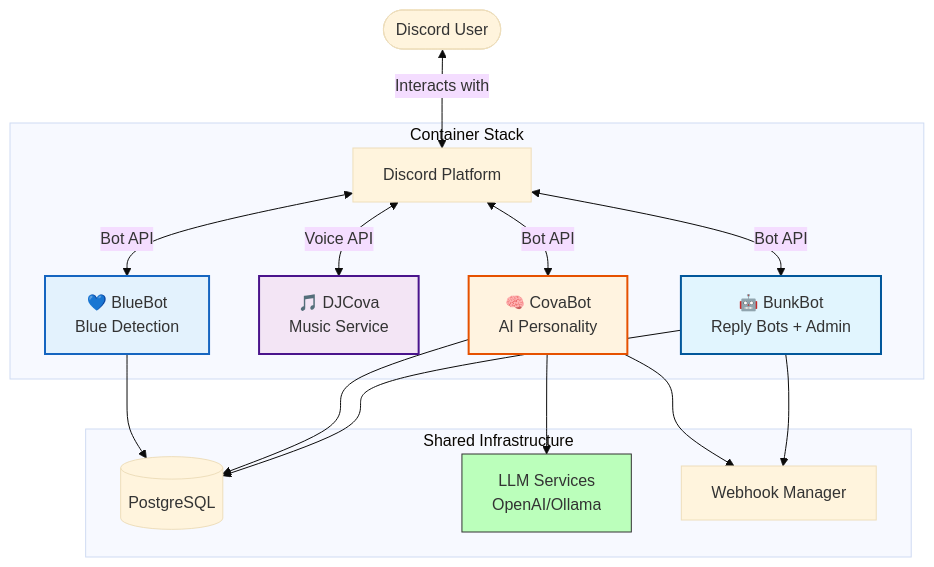
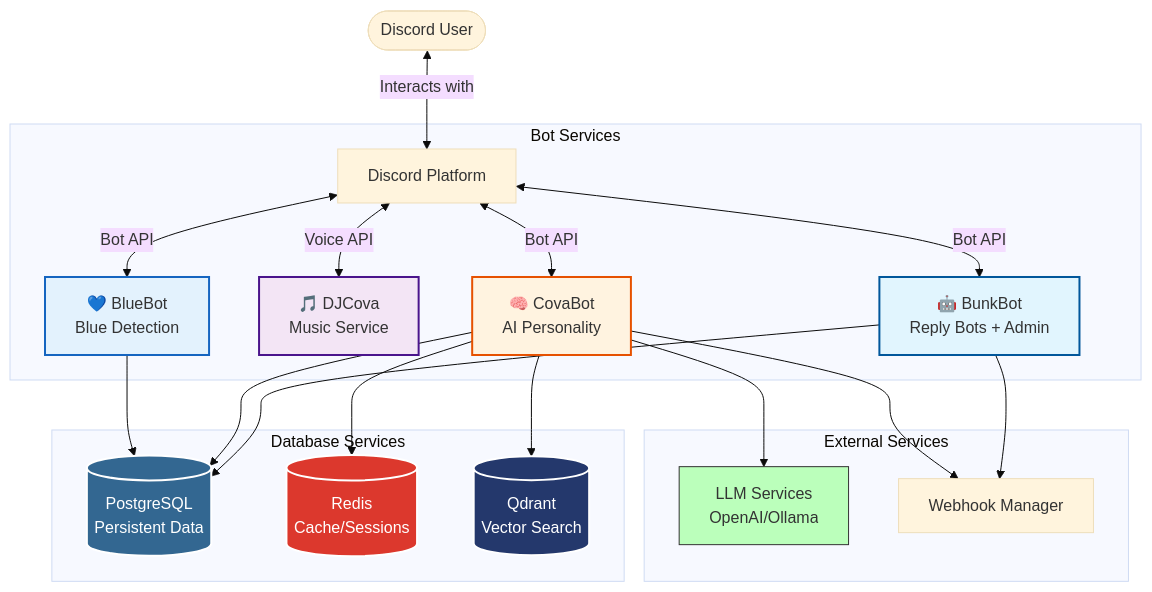
The first of 2 diagrams in README.md (andrewgari/starbunk-js), drawn with Mermaid (base theme) before and after one commit. The commit also changed other lines of this file and 2 other files, not shown here.

Commit message:
Fix Redis hostname inconsistency and document database architecture

````diff
--- a/README.md
+++ b/README.md
@@ -178,28 +224,41 @@
 ```mermaid
 graph TD
     User([Discord User]) <-->|Interacts with| Discord[Discord Platform]
 
-    subgraph "Container Stack"
+    subgraph "Bot Services"
         Discord <-->|Bot API| BunkBot[🤖 BunkBot<br/>Reply Bots + Admin]
         Discord <-->|Voice API| DJCova[🎵 DJCova<br/>Music Service]
         Discord <-->|Bot API| CovaBot[🧠 CovaBot<br/>AI Personality]
         Discord <-->|Bot API| BlueBot[💙 BlueBot<br/>Blue Detection]
     end
 
-    subgraph "Shared Infrastructure"
-        BunkBot --> SharedDB[(PostgreSQL)]
-        CovaBot --> SharedDB
-        BlueBot --> SharedDB
+    subgraph "Database Services"
+        PostgresDB[(PostgreSQL<br/>Persistent Data)]
+        RedisDB[(Redis<br/>Cache/Sessions)]
+        QdrantDB[(Qdrant<br/>Vector Search)]
+    end
 
-        CovaBot --> LLM[LLM Services<br/>OpenAI/Ollama]
+    subgraph "External Services"
+        LLM[LLM Services<br/>OpenAI/Ollama]
+        Webhooks[Webhook Manager]
+    end
 
-        BunkBot --> Webhooks[Webhook Manager]
-        CovaBot --> Webhooks
-    end
+    BunkBot --> PostgresDB
+    CovaBot --> PostgresDB
+    CovaBot --> RedisDB
+    CovaBot --> QdrantDB
+    BlueBot --> PostgresDB
+
+    CovaBot --> LLM
+    BunkBot --> Webhooks
+    CovaBot --> Webhooks
 
     style BunkBot fill:#e1f5fe,stroke:#01579b,stroke-width:2px
     style DJCova fill:#f3e5f5,stroke:#4a148c,stroke-width:2px
     style CovaBot fill:#fff3e0,stroke:#e65100,stroke-width:2px
     style BlueBot fill:#e3f2fd,stroke:#1565c0,stroke-width:2px
+    style PostgresDB fill:#336791,stroke:#fff,stroke-width:2px,color:#fff
+    style RedisDB fill:#DC382D,stroke:#fff,stroke-width:2px,color:#fff
+    style QdrantDB fill:#24386C,stroke:#fff,stroke-width:2px,color:#fff
     style LLM fill:#bfb,stroke:#333,stroke-width:1px
 ```
````
